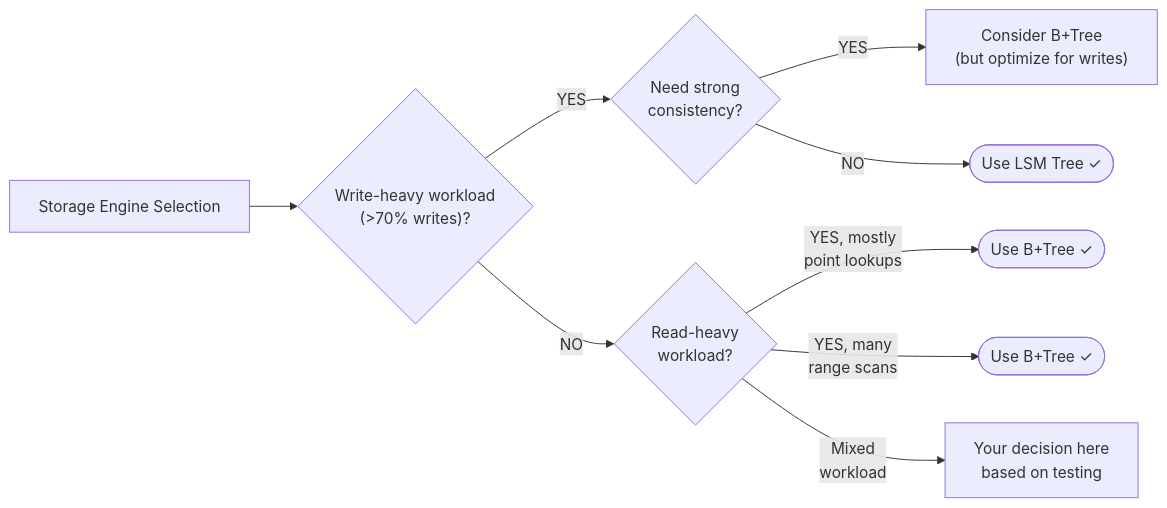
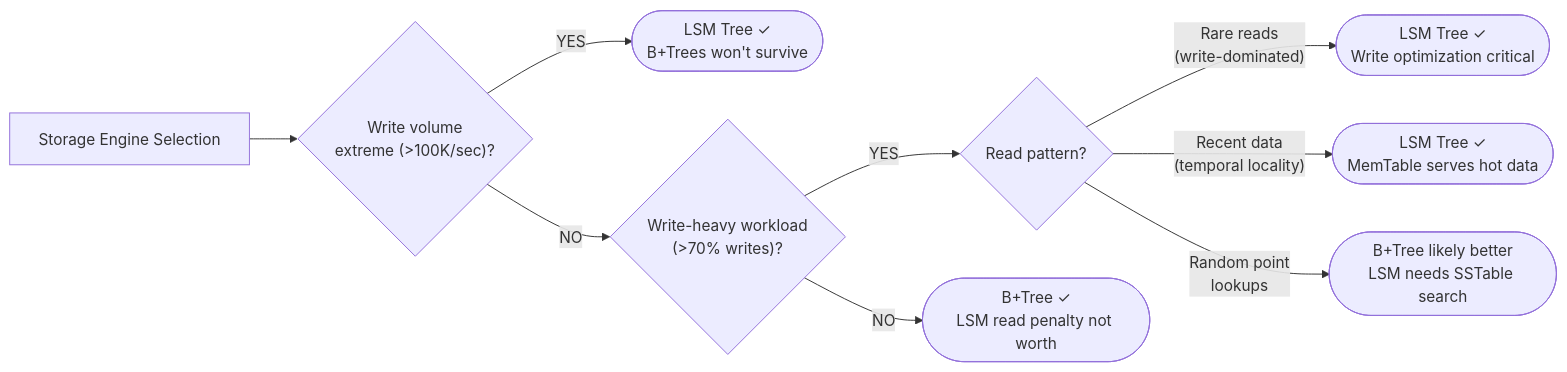
One commit to itch-n/docs-2026 changed the diagram in docs/systems/01-storage-engines.md. Above: the diagram before and after it, drawn with Mermaid. The commit also changed other lines of this file and 9 other files, not shown here.

````diff
--- a/docs/systems/01-storage-engines.md
+++ b/docs/systems/01-storage-engines.md
@@ -1295,15 +1511,16 @@
 ```mermaid
 flowchart LR
     Start["Storage Engine Selection"]
 
-    Start --> Q1{"Write-heavy workload<br/>(>70% writes)?"}
-    Q1 -->|"YES"| Q2{"Need strong<br/>consistency?"}
-    Q1 -->|"NO"| Q3{"Read-heavy<br/>workload?"}
+    Start --> Q0{"Write volume<br/>extreme (>100K/sec)?"}
+    
+    Q0 -->|"YES"| A0(["LSM Tree ✓<br/>B+Trees won't survive"])
+    Q0 -->|"NO"| Q1{"Write-heavy workload<br/>(>70% writes)?"}
 
-    Q2 -->|"YES"| A1["Consider B+Tree<br/>(but optimize for writes)"]
-    Q2 -->|"NO"| A2(["Use LSM Tree ✓"])
+    Q1 -->|"YES"| Q2{"Read pattern?"}
+    Q2 -->|"Rare reads<br/>(write-dominated)"| A1(["LSM Tree ✓<br/>Write optimization critical"])
+    Q2 -->|"Recent data<br/>(temporal locality)"| A2(["LSM Tree ✓<br/>MemTable serves hot data"])
+    Q2 -->|"Random point<br/>lookups"| A4(["B+Tree likely better<br/>LSM needs SSTable search"])
 
-    Q3 -->|"YES, mostly<br/>point lookups"| A3(["Use B+Tree ✓"])
-    Q3 -->|"YES, many<br/>range scans"| A4(["Use B+Tree ✓"])
-    Q3 -->|"Mixed<br/>workload"| A5["Your decision here<br/>based on testing"]
+    Q1 -->|"NO"| A6(["B+Tree ✓<br/>LSM read penalty not worth"])
 ```
````
